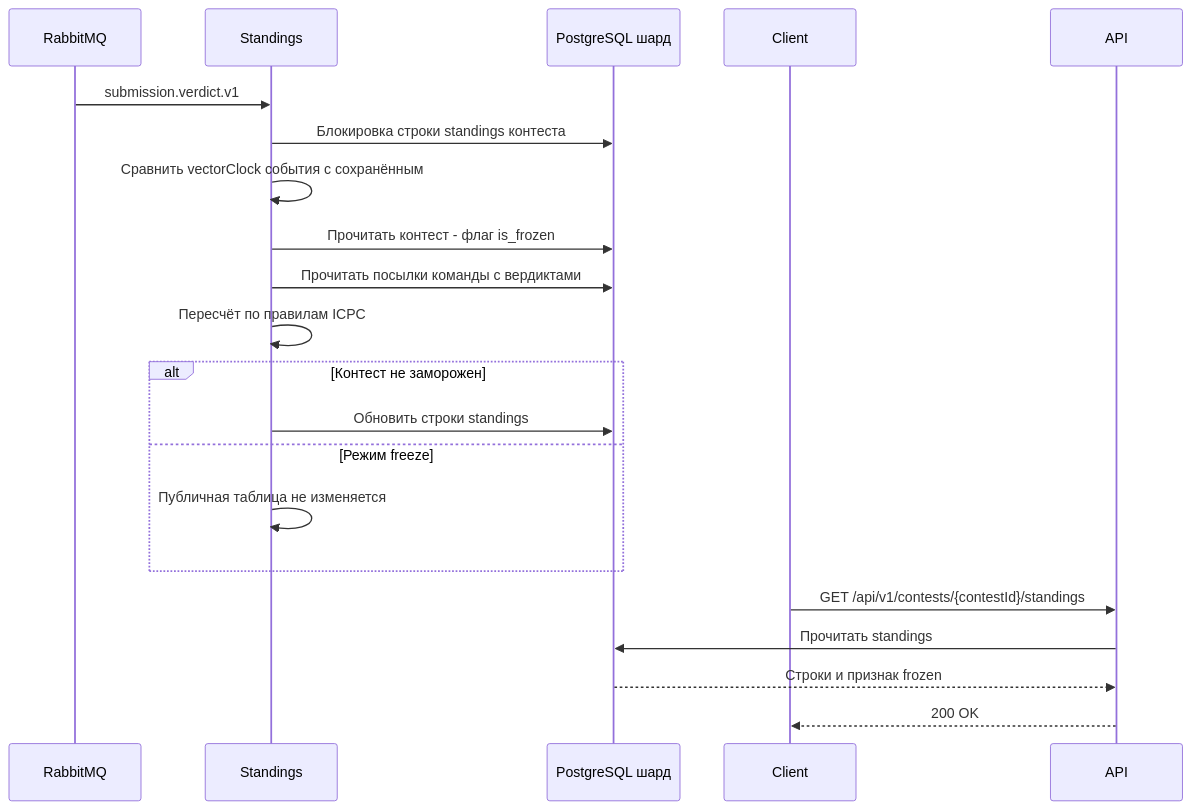
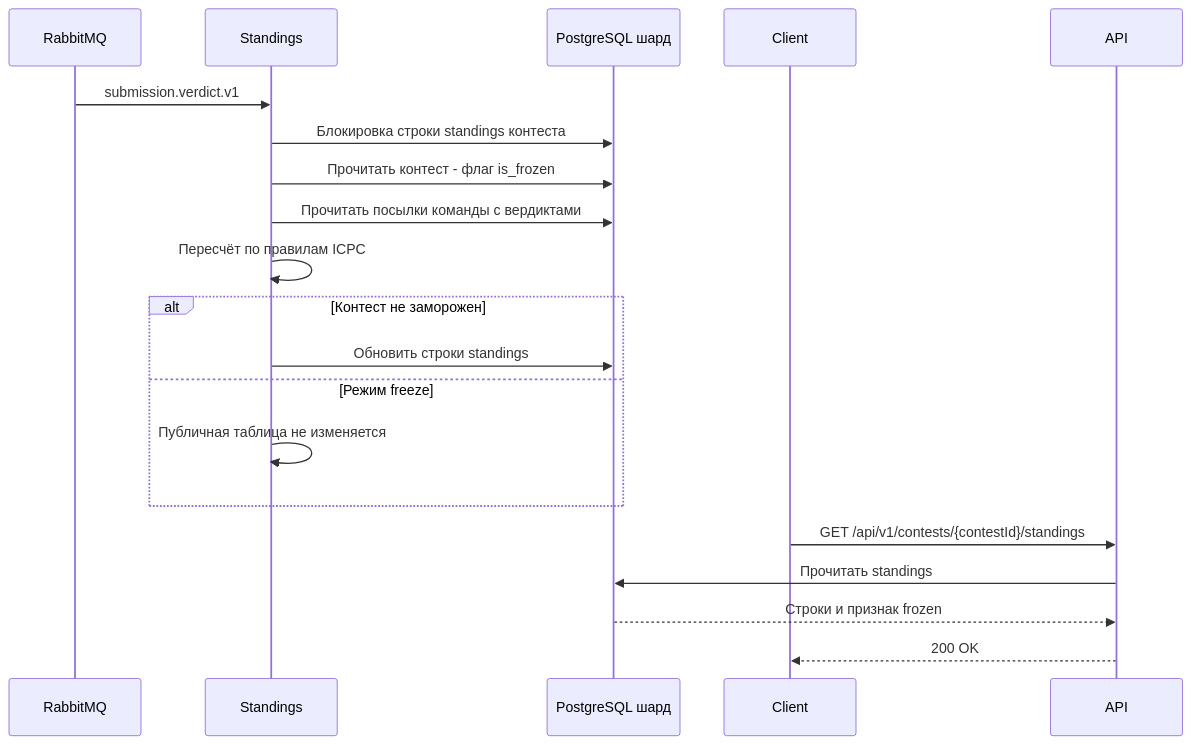
One commit to spbu-ds-practicum-2026/hotfix changed diagram 11 of 13 in docs/tr.md. Above: the diagram before and after it, drawn with Mermaid. The commit also changed other lines of this file, not shown here.

````diff
--- a/docs/tr.md
+++ b/docs/tr.md
@@ -659,24 +628,23 @@
 ```mermaid
 sequenceDiagram
   participant MQ as RabbitMQ
   participant Standings
   participant DB as PostgreSQL шард
   participant Client
   participant API
 
   MQ->>Standings: submission.verdict.v1
   Standings->>DB: Блокировка строки standings контеста
-  Standings->>Standings: Сравнить vectorClock события с сохранённым
   Standings->>DB: Прочитать контест - флаг is_frozen
   Standings->>DB: Прочитать посылки команды с вердиктами
   Standings->>Standings: Пересчёт по правилам ICPC
   alt Контест не заморожен
     Standings->>DB: Обновить строки standings
   else Режим freeze
     Standings->>Standings: Публичная таблица не изменяется
   end
   Client->>API: GET /api/v1/contests/{contestId}/standings
   API->>DB: Прочитать standings
   DB-->>API: Строки и признак frozen
   API-->>Client: 200 OK
 ```
````
